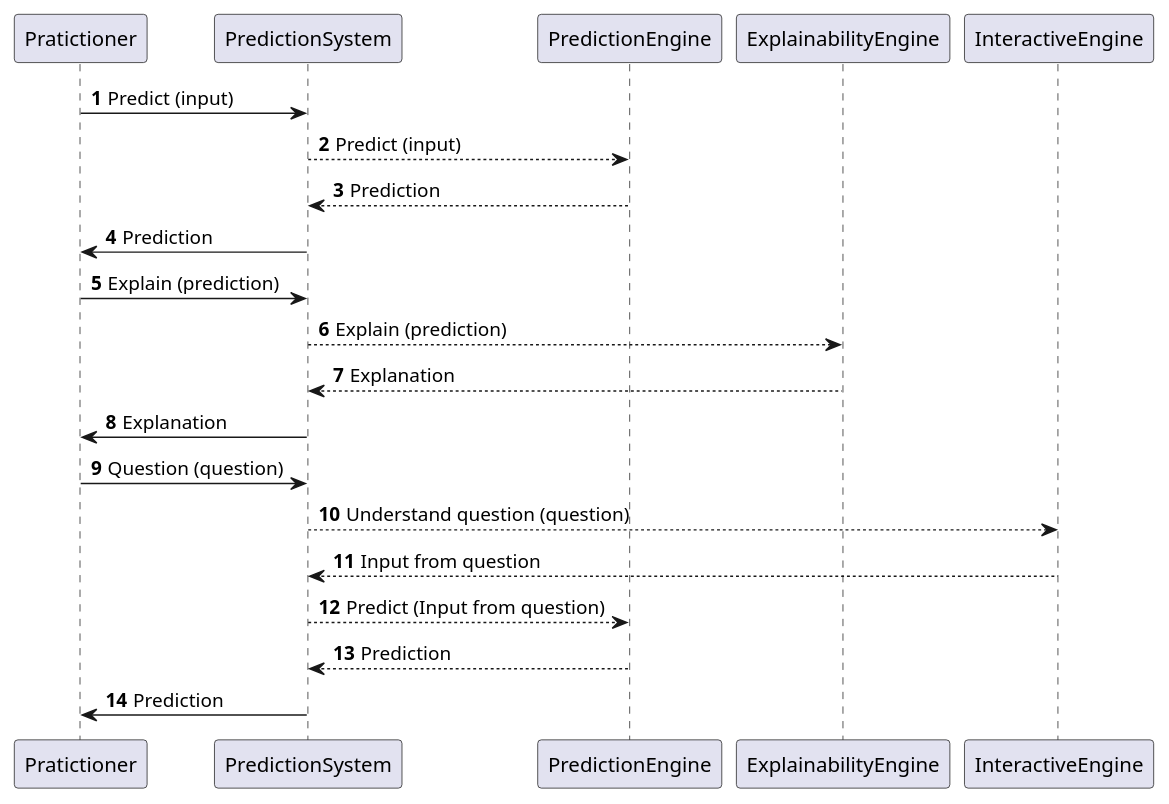
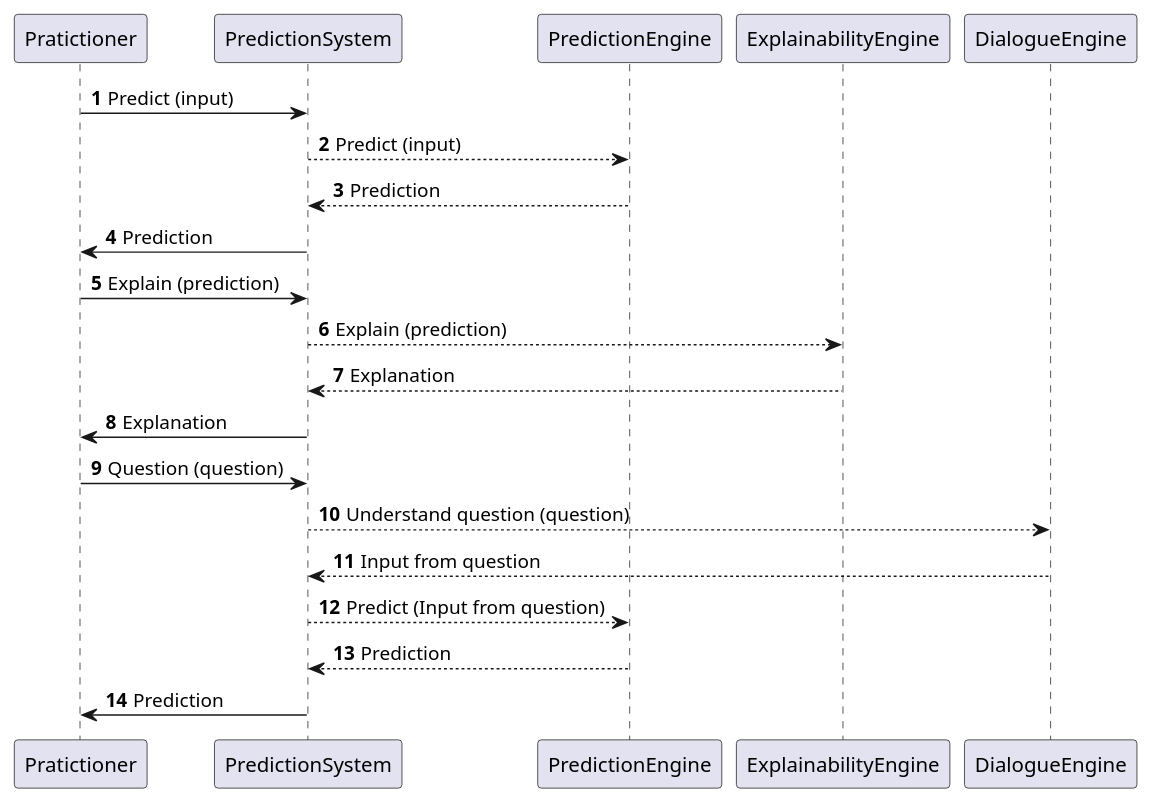
Before and after one commit to gitgabrio/interactive-predictions: the diagram in documentation/plantuml/SequenceView_NLStyle.puml, drawn with PlantUML. The commit also changed 6 other files, not shown here.

```diff
--- a/documentation/plantuml/SequenceView_NLStyle.puml
+++ b/documentation/plantuml/SequenceView_NLStyle.puml
@@ -1,23 +1,23 @@
 @startuml
 'https://plantuml.com/sequence-diagram
 
 autonumber
 
 Pratictioner -> PredictionSystem: Predict (input)
 PredictionSystem --> PredictionEngine: Predict (input)
 PredictionEngine --> PredictionSystem: Prediction
 PredictionSystem -> Pratictioner: Prediction
 
 Pratictioner -> PredictionSystem: Explain (prediction)
 PredictionSystem --> ExplainabilityEngine: Explain (prediction)
 ExplainabilityEngine --> PredictionSystem: Explanation
 PredictionSystem -> Pratictioner: Explanation
 
 Pratictioner -> PredictionSystem: Question (question)
-PredictionSystem --> InteractiveEngine: Understand question (question)
-InteractiveEngine --> PredictionSystem: Input from question
+PredictionSystem --> DialogueEngine: Understand question (question)
+DialogueEngine --> PredictionSystem: Input from question
 PredictionSystem --> PredictionEngine: Predict (Input from question)
 PredictionEngine --> PredictionSystem: Prediction
 PredictionSystem -> Pratictioner: Prediction
 
 @enduml
```
